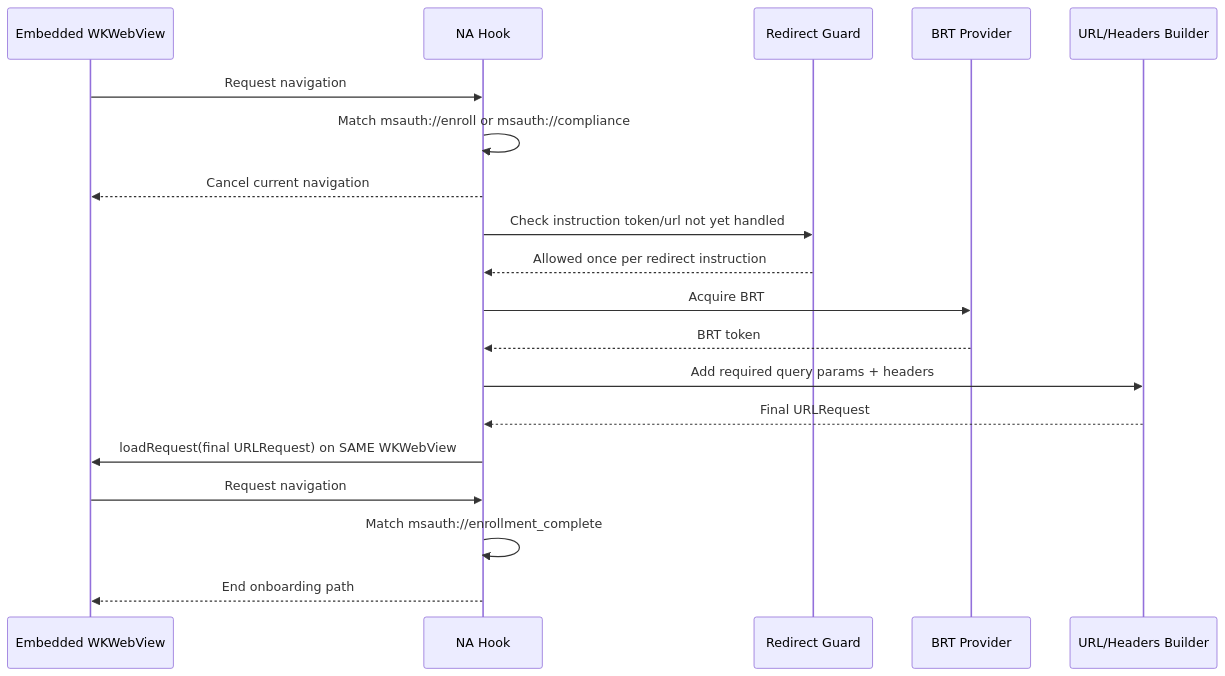
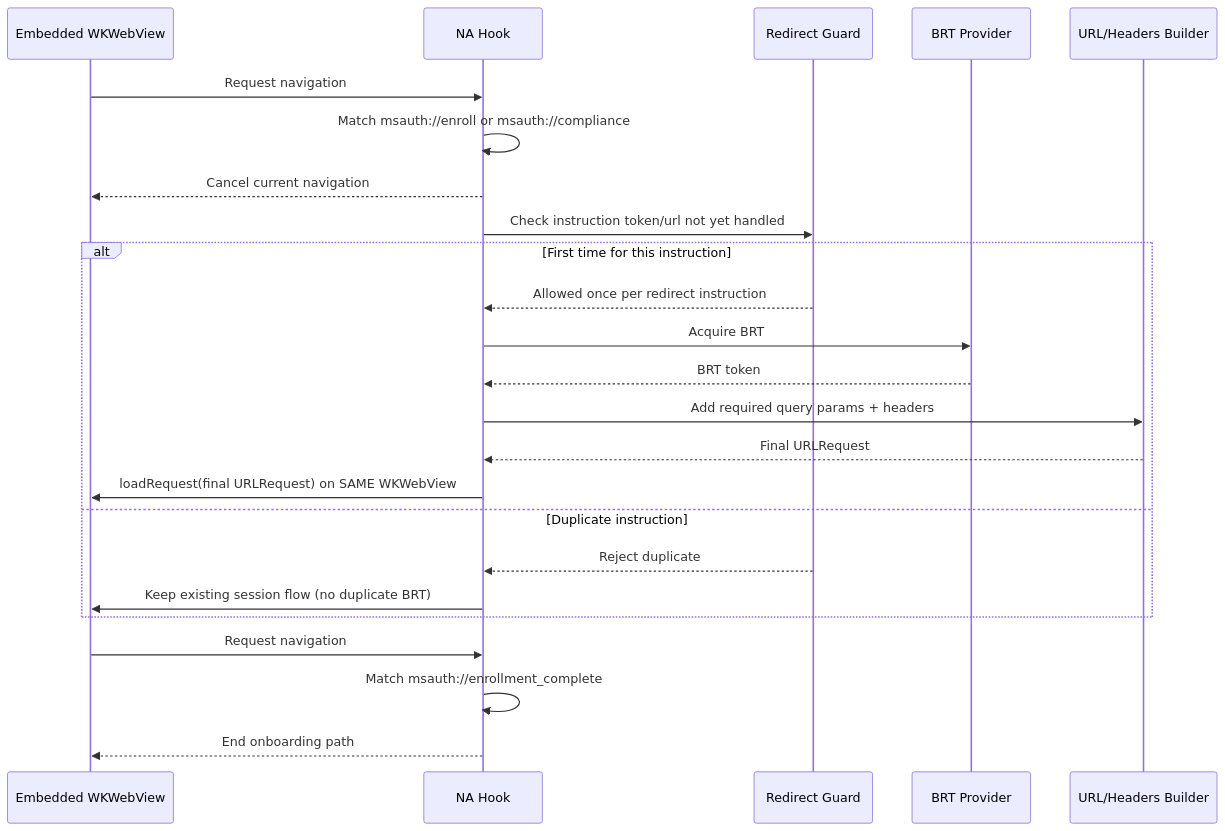
The second of 3 diagrams in docs/design/mdm-onboarding-approach-comparison.md (AzureAD/microsoft-authentication-library-for-objc), drawn with Mermaid before and after one commit. The commit also changed other lines of this file, not shown here.

First line of the commit message:
Refine onboarding diagrams with hook definitions and guard-failure branches

````diff
--- a/docs/design/mdm-onboarding-approach-comparison.md
+++ b/docs/design/mdm-onboarding-approach-comparison.md
@@ -46,23 +48,28 @@
 ```mermaid
 sequenceDiagram
     participant Web as Embedded WKWebView
     participant NA as NA Hook
     participant Guard as Redirect Guard
     participant BRT as BRT Provider
     participant Builder as URL/Headers Builder
 
     Web->>NA: Request navigation
     NA->>NA: Match msauth://enroll or msauth://compliance
     NA-->>Web: Cancel current navigation
     NA->>Guard: Check instruction token/url not yet handled
-    Guard-->>NA: Allowed once per redirect instruction
-    NA->>BRT: Acquire BRT
-    BRT-->>NA: BRT token
-    NA->>Builder: Add required query params + headers
-    Builder-->>NA: Final URLRequest
-    NA->>Web: loadRequest(final URLRequest) on SAME WKWebView
+    alt First time for this instruction
+        Guard-->>NA: Allowed once per redirect instruction
+        NA->>BRT: Acquire BRT
+        BRT-->>NA: BRT token
+        NA->>Builder: Add required query params + headers
+        Builder-->>NA: Final URLRequest
+        NA->>Web: loadRequest(final URLRequest) on SAME WKWebView
+    else Duplicate instruction
+        Guard-->>NA: Reject duplicate
+        NA->>Web: Keep existing session flow (no duplicate BRT)
+    end
 
     Web->>NA: Request navigation
     NA->>NA: Match msauth://enrollment_complete
     NA-->>Web: End onboarding path
 ```
````
